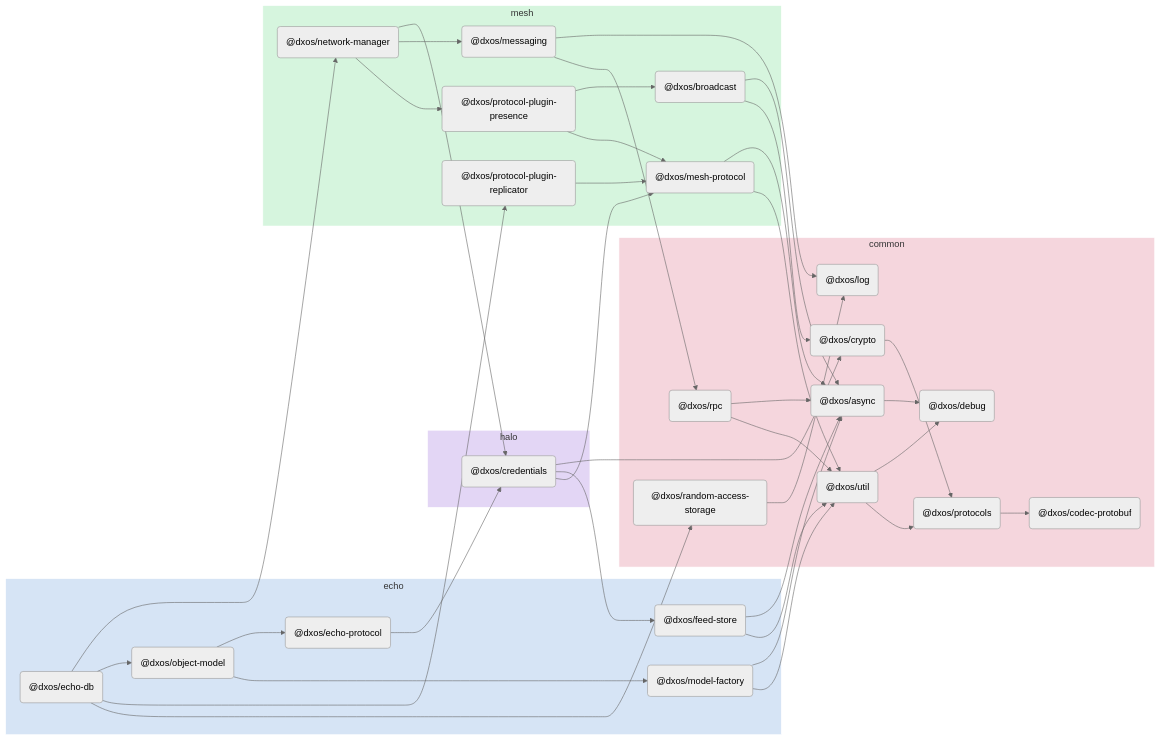
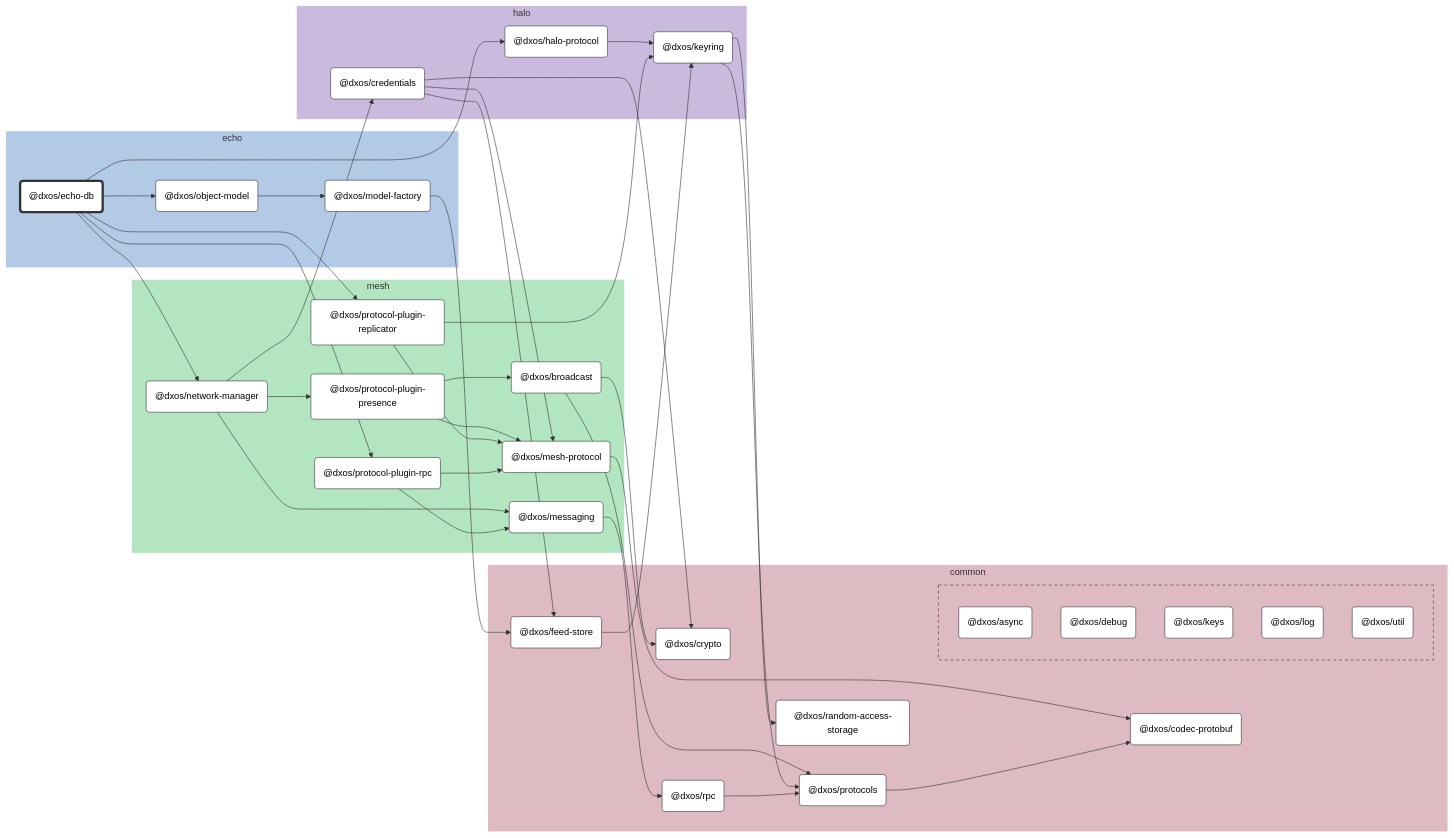
Before and after one commit to dxos/dxos: the diagram in packages/echo/echo-db/docs/README.md, drawn with Mermaid (neutral theme). The commit also changed other lines of this file and 89 other files, not shown here.

````diff
--- a/packages/echo/echo-db/docs/README.md
+++ b/packages/echo/echo-db/docs/README.md
@@ -5,75 +7,143 @@
 ```mermaid
-flowchart LR;
+%%{ init: {'flowchart':{'curve':'basis'}} }%%
 
+flowchart LR
+
+%% Links
+dxos/broadcast --> dxos/crypto;
+dxos/broadcast --> dxos/protocols;
+dxos/credentials --> dxos/crypto;
+dxos/credentials --> dxos/feed-store;
+dxos/credentials --> dxos/mesh-protocol;
+dxos/echo-db --> dxos/halo-protocol;
+dxos/echo-db --> dxos/network-manager;
+dxos/echo-db --> dxos/object-model;
+dxos/echo-db --> dxos/protocol-plugin-replicator;
+dxos/echo-db --> dxos/protocol-plugin-rpc;
+dxos/feed-store --> dxos/keyring;
+dxos/halo-protocol --> dxos/keyring;
+dxos/keyring --> dxos/protocols;
+dxos/keyring --> dxos/random-access-storage;
+dxos/mesh-protocol --> dxos/codec-protobuf;
+dxos/messaging --> dxos/rpc;
+dxos/model-factory --> dxos/feed-store;
+dxos/network-manager --> dxos/credentials;
+dxos/network-manager --> dxos/messaging;
+dxos/network-manager --> dxos/protocol-plugin-presence;
+dxos/object-model --> dxos/model-factory;
+dxos/protocol-plugin-presence --> dxos/broadcast;
+dxos/protocol-plugin-presence --> dxos/mesh-protocol;
+dxos/protocol-plugin-replicator --> dxos/keyring;
+dxos/protocol-plugin-replicator --> dxos/mesh-protocol;
+dxos/protocol-plugin-rpc --> dxos/mesh-protocol;
+dxos/protocol-plugin-rpc --> dxos/messaging;
+dxos/protocols --> dxos/codec-protobuf;
+dxos/rpc --> dxos/protocols;
+
+%% Sections
 subgraph echo
-  style echo fill:#d6e4f5,stroke:#fff;
-  dxos/echo-db("@dxos/echo-db");
-  dxos/feed-store("@dxos/feed-store");
-  dxos/echo-protocol("@dxos/echo-protocol");
-  dxos/model-factory("@dxos/model-factory");
-  dxos/object-model("@dxos/object-model");
+  style echo fill:#b3cae6,stroke:#fff;
+
+  dxos/echo-db("@dxos/echo-db")
+  dxos/model-factory("@dxos/model-factory")
+  dxos/object-model("@dxos/object-model")
 end
 
 subgraph common
-  style common fill:#f5d6dd,stroke:#fff;
-  dxos/log("@dxos/log");
-  dxos/async("@dxos/async");
-  dxos/debug("@dxos/debug");
-  dxos/codec-protobuf("@dxos/codec-protobuf");
-  dxos/crypto("@dxos/crypto");
-  dxos/protocols("@dxos/protocols");
-  dxos/util("@dxos/util");
-  dxos/rpc("@dxos/rpc");
-  dxos/random-access-storage("@dxos/random-access-storage");
+  style common fill:#debac2,stroke:#fff;
+
+  dxos/codec-protobuf("@dxos/codec-protobuf")
+  dxos/crypto("@dxos/crypto")
+  dxos/feed-store("@dxos/feed-store")
+  dxos/protocols("@dxos/protocols")
+  dxos/random-access-storage("@dxos/random-access-storage")
+  dxos/rpc("@dxos/rpc")
+
+  subgraph common-excluded [ ]
+    style common-excluded fill:#debac2,stroke:#333,stroke-dasharray:5 5;
+
+    dxos/async("@dxos/async")
+    dxos/debug("@dxos/debug")
+    dxos/keys("@dxos/keys")
+    dxos/log("@dxos/log")
+    dxos/util("@dxos/util")
+  end
 end
 
 subgraph halo
-  style halo fill:#e3d6f5,stroke:#fff;
-  dxos/credentials("@dxos/credentials");
+  style halo fill:#cabade,stroke:#fff;
+
+  dxos/credentials("@dxos/credentials")
+  dxos/halo-protocol("@dxos/halo-protocol")
+  dxos/keyring("@dxos/keyring")
 end
 
 subgraph mesh
-  style mesh fill:#d6f5de,stroke:#fff;
-  dxos/mesh-protocol("@dxos/mesh-protocol");
-  dxos/messaging("@dxos/messaging");
-  dxos/network-manager("@dxos/network-manager");
-  dxos/protocol-plugin-presence("@dxos/protocol-plugin-presence");
-  dxos/broadcast("@dxos/broadcast");
-  dxos/protocol-plugin-replicator("@dxos/protocol-plugin-replicator");
+  style mesh fill:#b3e6c0,stroke:#fff;
+
+  dxos/broadcast("@dxos/broadcast")
+  dxos/mesh-protocol("@dxos/mesh-protocol")
+  dxos/messaging("@dxos/messaging")
+  dxos/network-manager("@dxos/network-manager")
+  dxos/protocol-plugin-presence("@dxos/protocol-plugin-presence")
+  dxos/protocol-plugin-replicator("@dxos/protocol-plugin-replicator")
+  dxos/protocol-plugin-rpc("@dxos/protocol-plugin-rpc")
 end
 
-dxos/async --> dxos/debug;
-dxos/credentials --> dxos/crypto;
-dxos/crypto --> dxos/protocols;
-dxos/protocols --> dxos/codec-protobuf;
-dxos/credentials --> dxos/feed-store;
-dxos/feed-store --> dxos/async;
-dxos/feed-store --> dxos/util;
-dxos/util --> dxos/debug;
-dxos/util --> dxos/protocols;
-dxos/credentials --> dxos/mesh-protocol;
-dxos/mesh-protocol --> dxos/async;
-dxos/mesh-protocol --> dxos/util;
-dxos/echo-protocol --> dxos/credentials;
-dxos/messaging --> dxos/log;
-dxos/messaging --> dxos/rpc;
-dxos/rpc --> dxos/async;
-dxos/rpc --> dxos/util;
-dxos/model-factory --> dxos/async;
-dxos/model-factory --> dxos/util;
-dxos/echo-db --> dxos/network-manager;
-dxos/network-manager --> dxos/credentials;
-dxos/network-manager --> dxos/messaging;
-dxos/network-manager --> dxos/protocol-plugin-presence;
-dxos/protocol-plugin-presence --> dxos/broadcast;
-dxos/broadcast --> dxos/async;
-dxos/broadcast --> dxos/crypto;
-dxos/protocol-plugin-presence --> dxos/mesh-protocol;
-dxos/echo-db --> dxos/object-model;
-dxos/object-model --> dxos/echo-protocol;
-dxos/object-model --> dxos/model-factory;
-dxos/echo-db --> dxos/protocol-plugin-replicator;
-dxos/protocol-plugin-replicator --> dxos/mesh-protocol;
-dxos/echo-db --> dxos/random-access-storage;
-dxos/random-access-storage --> dxos/log;
+
+%% Hyperlinks
+click dxos/async "dxos/dxos/tree/main/packages/common/async/docs";
+click dxos/broadcast "dxos/dxos/tree/main/packages/mesh/broadcast/docs";
+click dxos/codec-protobuf "dxos/dxos/tree/main/packages/common/codec-protobuf/docs";
+click dxos/credentials "dxos/dxos/tree/main/packages/halo/credentials/docs";
+click dxos/crypto "dxos/dxos/tree/main/packages/common/crypto/docs";
+click dxos/debug "dxos/dxos/tree/main/packages/common/debug/docs";
+click dxos/feed-store "dxos/dxos/tree/main/packages/common/feed-store/docs";
+click dxos/halo-protocol "dxos/dxos/tree/main/packages/halo/halo-protocol/docs";
+click dxos/keyring "dxos/dxos/tree/main/packages/halo/keyring/docs";
+click dxos/keys "dxos/dxos/tree/main/packages/common/keys/docs";
+click dxos/log "dxos/dxos/tree/main/packages/common/log/docs";
+click dxos/mesh-protocol "dxos/dxos/tree/main/packages/mesh/mesh-protocol/docs";
+click dxos/messaging "dxos/dxos/tree/main/packages/mesh/messaging/docs";
+click dxos/model-factory "dxos/dxos/tree/main/packages/echo/model-factory/docs";
+click dxos/network-manager "dxos/dxos/tree/main/packages/mesh/network-manager/docs";
+click dxos/object-model "dxos/dxos/tree/main/packages/echo/object-model/docs";
+click dxos/protocol-plugin-presence "dxos/dxos/tree/main/packages/mesh/protocol-plugin-presence/docs";
+click dxos/protocol-plugin-replicator "dxos/dxos/tree/main/packages/mesh/protocol-plugin-replicator/docs";
+click dxos/protocol-plugin-rpc "dxos/dxos/tree/main/packages/mesh/protocol-plugin-rpc/docs";
+click dxos/protocols "dxos/dxos/tree/main/packages/common/protocols/docs";
+click dxos/random-access-storage "dxos/dxos/tree/main/packages/common/random-access-storage/docs";
+click dxos/rpc "dxos/dxos/tree/main/packages/common/rpc/docs";
+click dxos/util "dxos/dxos/tree/main/packages/common/util/docs";
+
+%% Styles
+classDef rootNode fill:#fff,stroke:#333,stroke-width:4px
+classDef defaultNode fill:#fff,stroke:#333,stroke-width:1px
+linkStyle default stroke:#333,stroke-width:1px
+
+dxos/echo-db:::rootNode
+
+dxos/async:::defaultNode
+dxos/broadcast:::defaultNode
+dxos/codec-protobuf:::defaultNode
+dxos/credentials:::defaultNode
+dxos/crypto:::defaultNode
+dxos/debug:::defaultNode
+dxos/feed-store:::defaultNode
+dxos/halo-protocol:::defaultNode
+dxos/keyring:::defaultNode
+dxos/keys:::defaultNode
+dxos/log:::defaultNode
+dxos/mesh-protocol:::defaultNode
+dxos/messaging:::defaultNode
+dxos/model-factory:::defaultNode
+dxos/network-manager:::defaultNode
+dxos/object-model:::defaultNode
+dxos/protocol-plugin-presence:::defaultNode
+dxos/protocol-plugin-replicator:::defaultNode
+dxos/protocol-plugin-rpc:::defaultNode
+dxos/protocols:::defaultNode
+dxos/random-access-storage:::defaultNode
+dxos/rpc:::defaultNode
+dxos/util:::defaultNode
 ```
````
